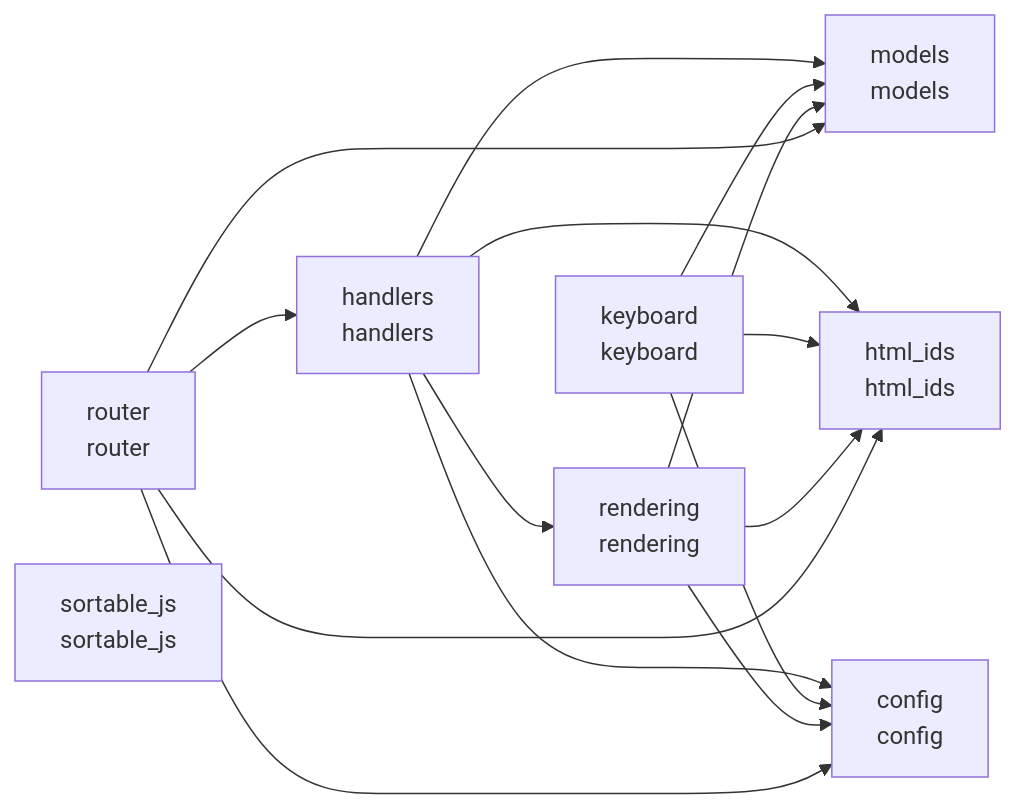
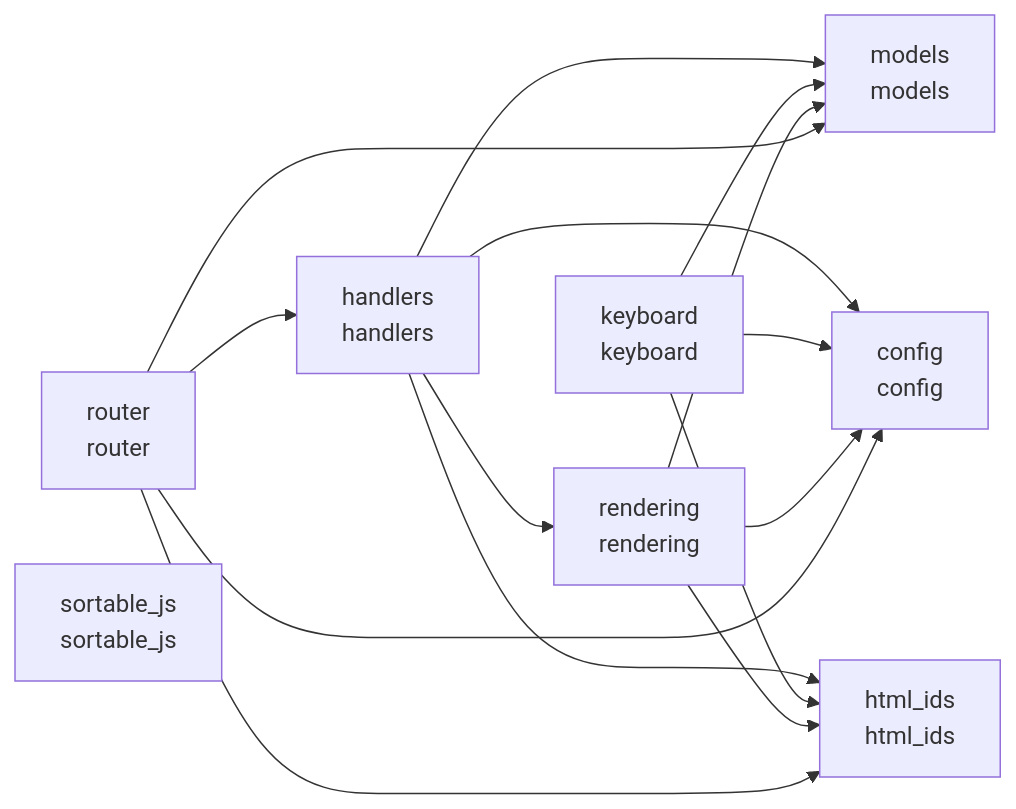
The diagram in README.md (cj-mills/cjm-fasthtml-sortable-queue), drawn with Mermaid before and after one commit. The commit also changed other lines of this file and 3 other files, not shown here.

````diff
--- a/README.md
+++ b/README.md
@@ -28,26 +28,26 @@
 ``` mermaid
 graph LR
     config[config<br/>config]
     handlers[handlers<br/>handlers]
     html_ids[html_ids<br/>html_ids]
     keyboard[keyboard<br/>keyboard]
     models[models<br/>models]
     rendering[rendering<br/>rendering]
     router[router<br/>router]
     sortable_js[sortable_js<br/>sortable_js]
 
+    handlers --> config
     handlers --> models
+    handlers --> rendering
     handlers --> html_ids
-    handlers --> config
-    handlers --> rendering
     keyboard --> models
+    keyboard --> config
     keyboard --> html_ids
-    keyboard --> config
     rendering --> config
+    rendering --> html_ids
     rendering --> models
-    rendering --> html_ids
     router --> models
-    router --> html_ids
     router --> handlers
     router --> config
+    router --> html_ids
 ```
````
